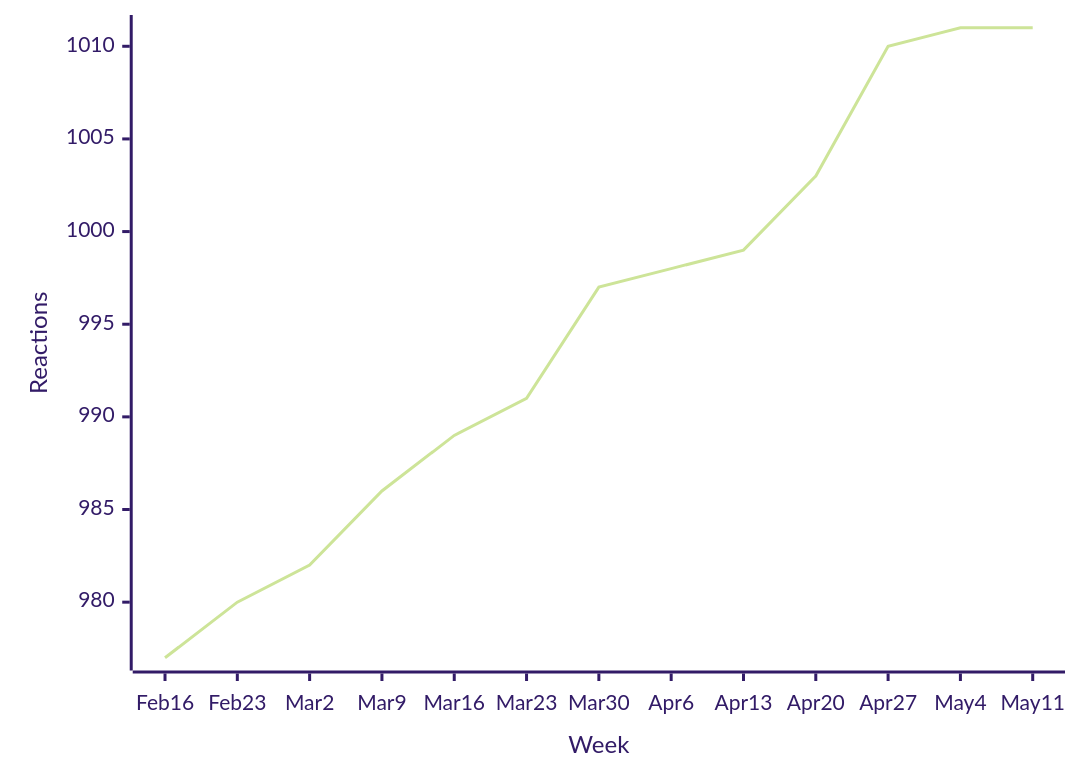
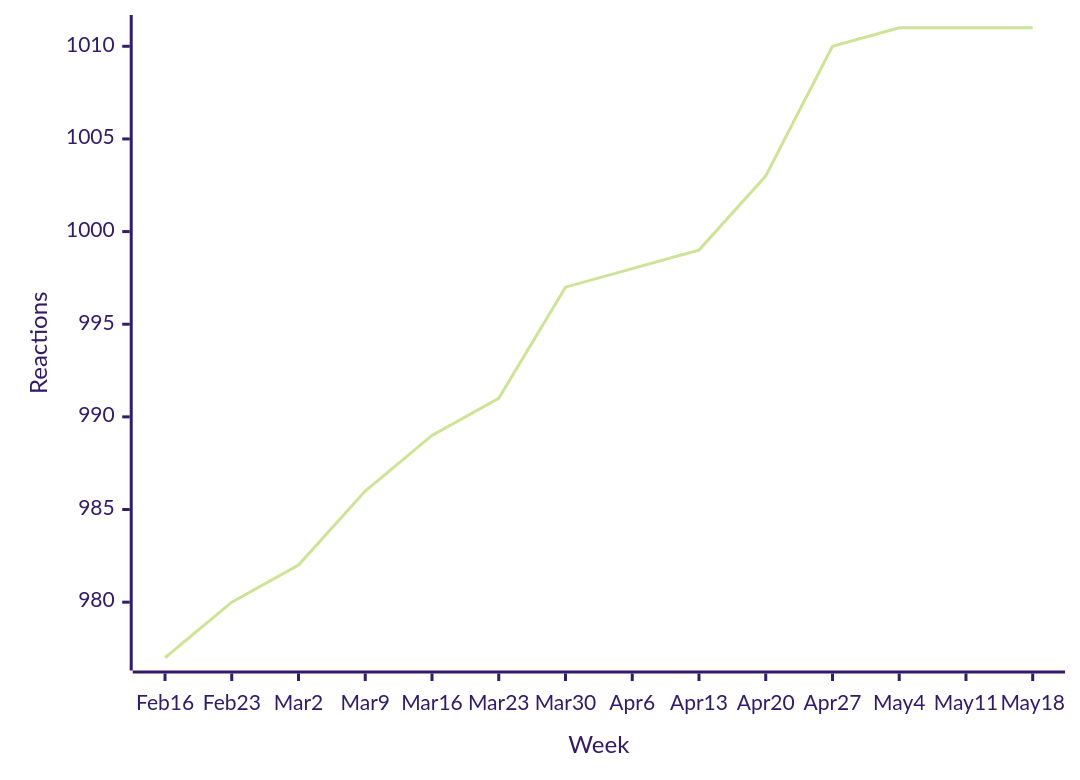
The second of 49 diagrams in README.md (loic-sharma/github-insights), drawn with Mermaid (forest theme) before and after one commit. The commit also changed other lines of this file and 3 other files, not shown here.

````diff
--- a/README.md
+++ b/README.md
@@ -356,6 +356,6 @@
   ```mermaid
   xychart-beta
-    x-axis "Week" [Feb 16, Feb 23, Mar 2, Mar 9, Mar 16, Mar 23, Mar 30, Apr 6, Apr 13, Apr 20, Apr 27, May 4, May 11]
+    x-axis "Week" [Feb 16, Feb 23, Mar 2, Mar 9, Mar 16, Mar 23, Mar 30, Apr 6, Apr 13, Apr 20, Apr 27, May 4, May 11, May 18]
     y-axis "Reactions"
-    line [977, 980, 982, 986, 989, 991, 997, 998, 999, 1003, 1010, 1011, 1011]
+    line [977, 980, 982, 986, 989, 991, 997, 998, 999, 1003, 1010, 1011, 1011, 1011]
   ```
````
